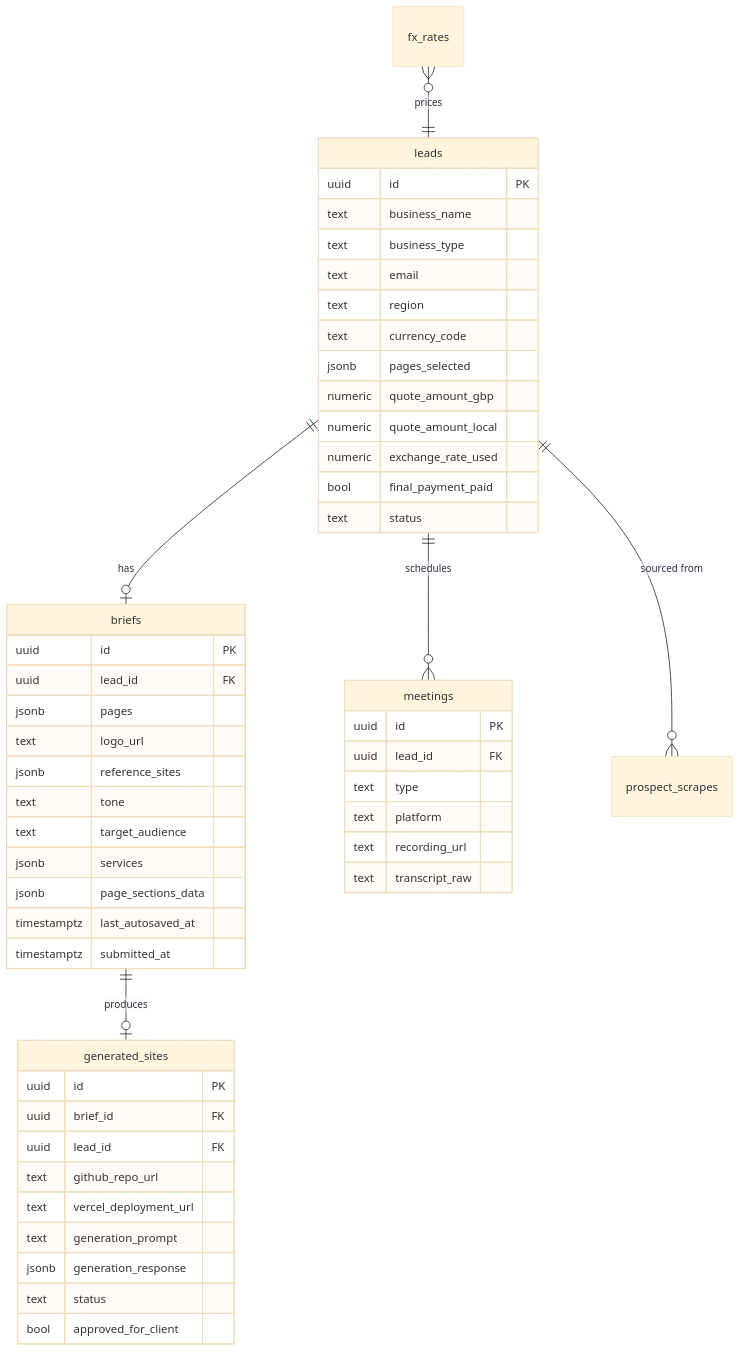
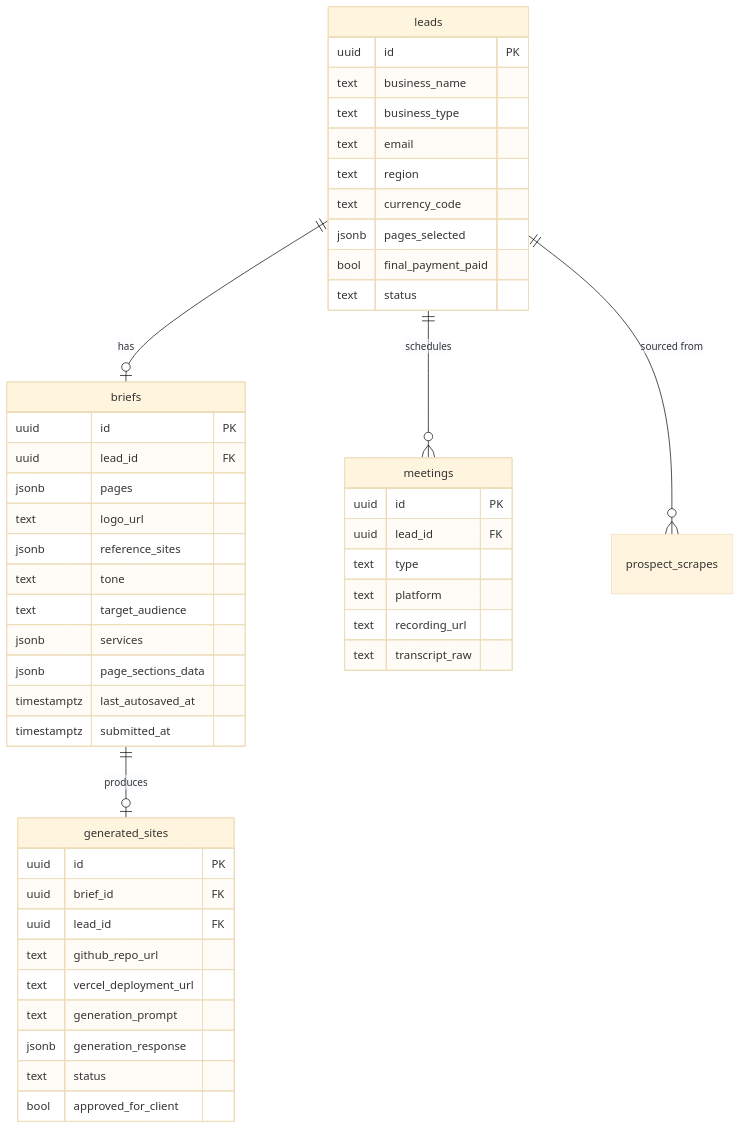
Before and after one commit to hugo-drummond/mountain-studios: the third of 3 diagrams in ARCHITECTURE.md, drawn with Mermaid (base theme). The commit also changed other lines of this file and 28 other files, not shown here.

````diff
--- a/ARCHITECTURE.md
+++ b/ARCHITECTURE.md
@@ -156,55 +154,51 @@
 ```mermaid
 erDiagram
     leads ||--o| briefs : "has"
     leads ||--o{ meetings : "schedules"
     leads ||--o{ prospect_scrapes : "sourced from"
     briefs ||--o| generated_sites : "produces"
-    fx_rates }o--|| leads : "prices"
 
     leads {
         uuid id PK
         text business_name
         text business_type
         text email
         text region
         text currency_code
         jsonb pages_selected
-        numeric quote_amount_gbp
-        numeric quote_amount_local
-        numeric exchange_rate_used
         bool final_payment_paid
         text status
     }
     briefs {
         uuid id PK
         uuid lead_id FK
         jsonb pages
         text logo_url
         jsonb reference_sites
         text tone
         text target_audience
         jsonb services
         jsonb page_sections_data
         timestamptz last_autosaved_at
         timestamptz submitted_at
     }
     generated_sites {
         uuid id PK
         uuid brief_id FK
         uuid lead_id FK
         text github_repo_url
         text vercel_deployment_url
         text generation_prompt
         jsonb generation_response
         text status
         bool approved_for_client
     }
     meetings {
         uuid id PK
         uuid lead_id FK
         text type
         text platform
         text recording_url
         text transcript_raw
     }
 ```
````
